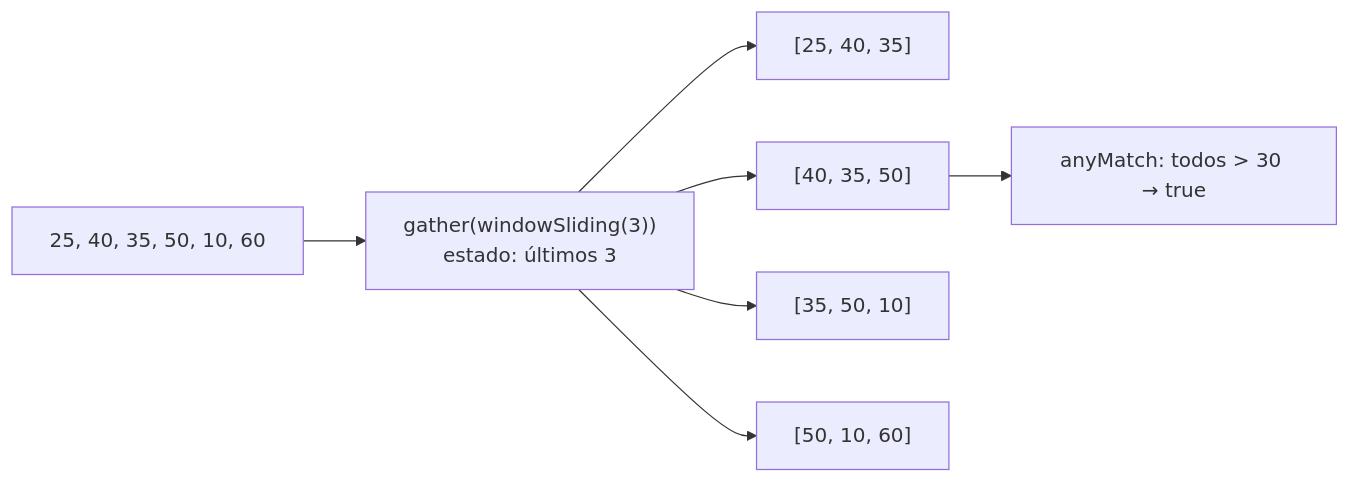
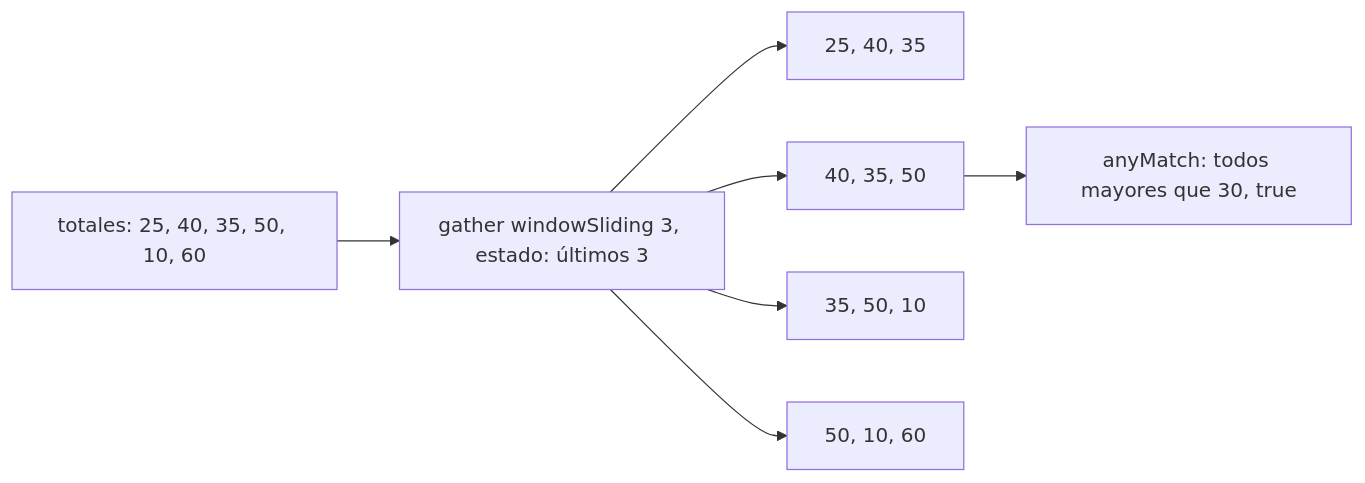
Before and after one commit to NICORUIZ93/The_Imperial_Book: the third of 4 diagrams in web/public/content/java/modulo-4.md, drawn with Mermaid. The commit also changed other lines of this file and 65 other files, not shown here.

````diff
--- a/web/public/content/java/modulo-4.md
+++ b/web/public/content/java/modulo-4.md
@@ -891,9 +1060,9 @@
 ```mermaid
 flowchart LR
-  S["25, 40, 35, 50, 10, 60"] --> G["gather(windowSliding(3))<br/>estado: últimos 3"]
-  G --> W1["[25, 40, 35]"]
-  G --> W2["[40, 35, 50]"]
-  G --> W3["[35, 50, 10]"]
-  G --> W4["[50, 10, 60]"]
-  W2 --> A["anyMatch: todos > 30 → true"]
+  S["totales: 25, 40, 35, 50, 10, 60"] --> G["gather windowSliding 3, estado: últimos 3"]
+  G --> W1["25, 40, 35"]
+  G --> W2["40, 35, 50"]
+  G --> W3["35, 50, 10"]
+  G --> W4["50, 10, 60"]
+  W2 --> A["anyMatch: todos mayores que 30, true"]
 ```
````
